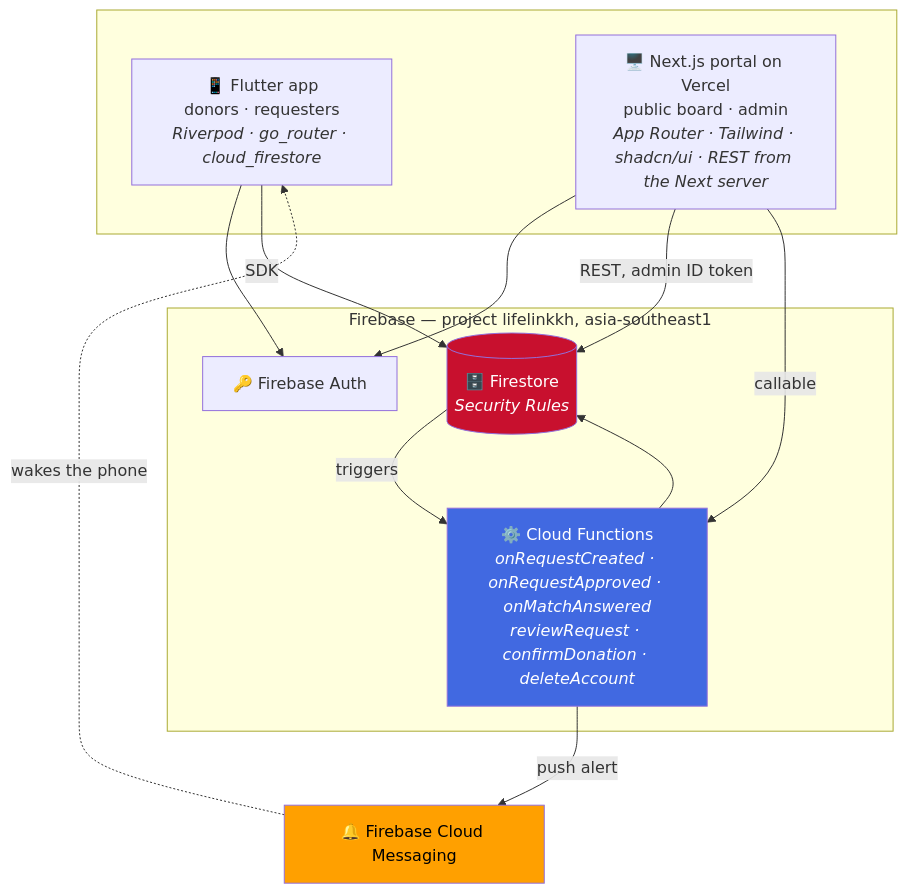
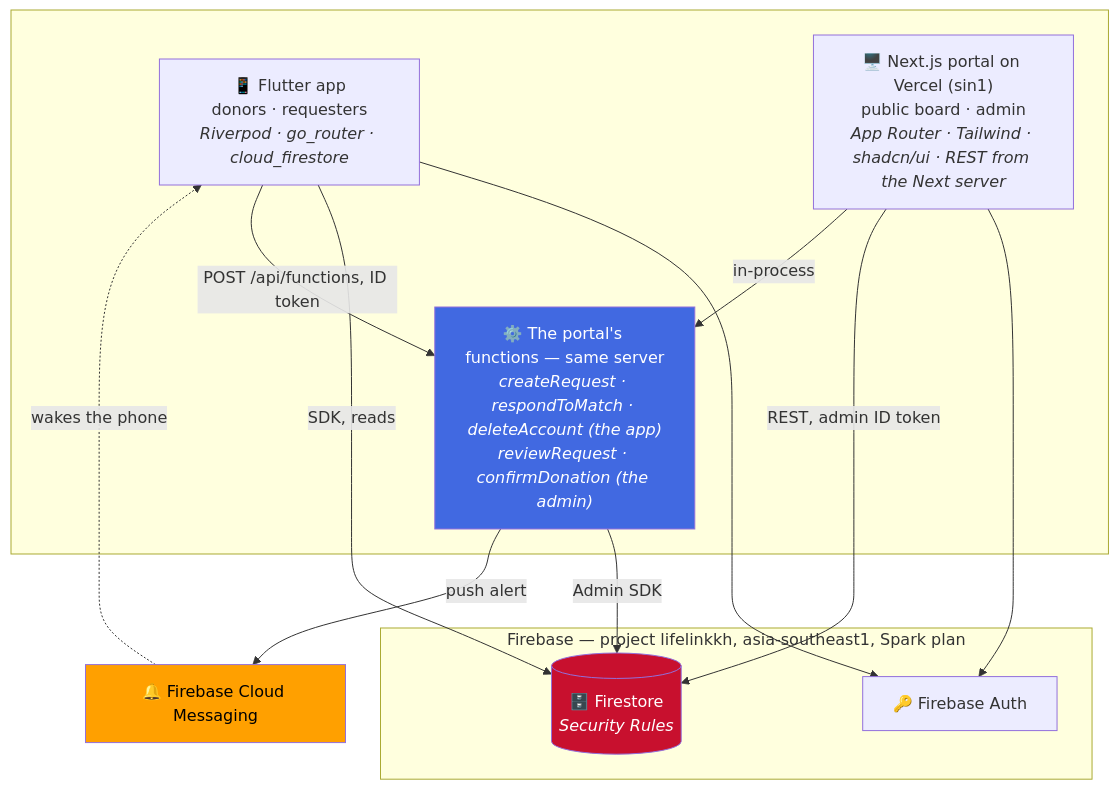
The first of 2 diagrams in README.md (NemSothea/LifeLinkKh), drawn with Mermaid before and after one commit. The commit also changed other lines of this file and 98 other files, not shown here.

First line of the commit message:
feat(server): the portal runs the functions; Cloud Functions and Blaze go (ADR 0010)

````diff
--- a/README.md
+++ b/README.md
@@ -102,28 +103,28 @@
 ```mermaid
 flowchart TB
     subgraph clients [" "]
         M["📱 Flutter app<br/>donors · requesters<br/><i>Riverpod · go_router · cloud_firestore</i>"]
-        W["🖥️ Next.js portal on Vercel<br/>public board · admin<br/><i>App Router · Tailwind · shadcn/ui · REST from the Next server</i>"]
+        W["🖥️ Next.js portal on Vercel (sin1)<br/>public board · admin<br/><i>App Router · Tailwind · shadcn/ui · REST from the Next server</i>"]
+        FN["⚙️ The portal's functions — same server<br/><i>createRequest · respondToMatch · deleteAccount (the app)<br/>reviewRequest · confirmDonation (the admin)</i>"]
     end
 
-    subgraph fb ["Firebase — project lifelinkkh, asia-southeast1"]
+    subgraph fb ["Firebase — project lifelinkkh, asia-southeast1, Spark plan"]
         AUTH["🔑 Firebase Auth"]
         FS[("🗄️ Firestore<br/><i>Security Rules</i>")]
-        FN["⚙️ Cloud Functions<br/><i>onRequestCreated · onRequestApproved · onMatchAnswered<br/>reviewRequest · confirmDonation · deleteAccount</i>"]
     end
     FCM["🔔 Firebase Cloud Messaging"]
 
     M --> AUTH
     W --> AUTH
-    M -->|SDK| FS
+    M -->|SDK, reads| FS
     W -->|REST, admin ID token| FS
-    W -->|callable| FN
-    FS -->|triggers| FN
-    FN --> FS
+    M -->|POST /api/functions, ID token| FN
+    W -->|in-process| FN
+    FN -->|Admin SDK| FS
     FN -->|push alert| FCM
     FCM -.->|wakes the phone| M
 
     style FS fill:#C8102E,color:#fff
     style FN fill:#4169E1,color:#fff
     style FCM fill:#FFA000,color:#000
 ```
````
